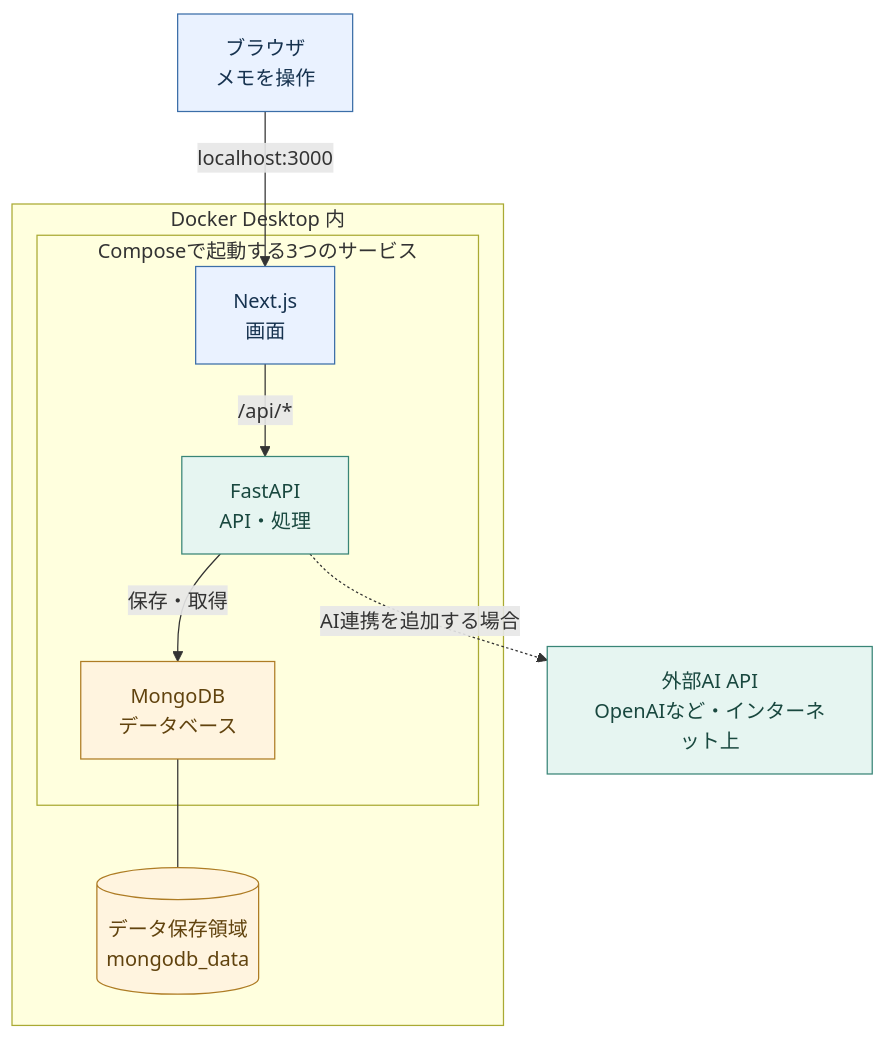
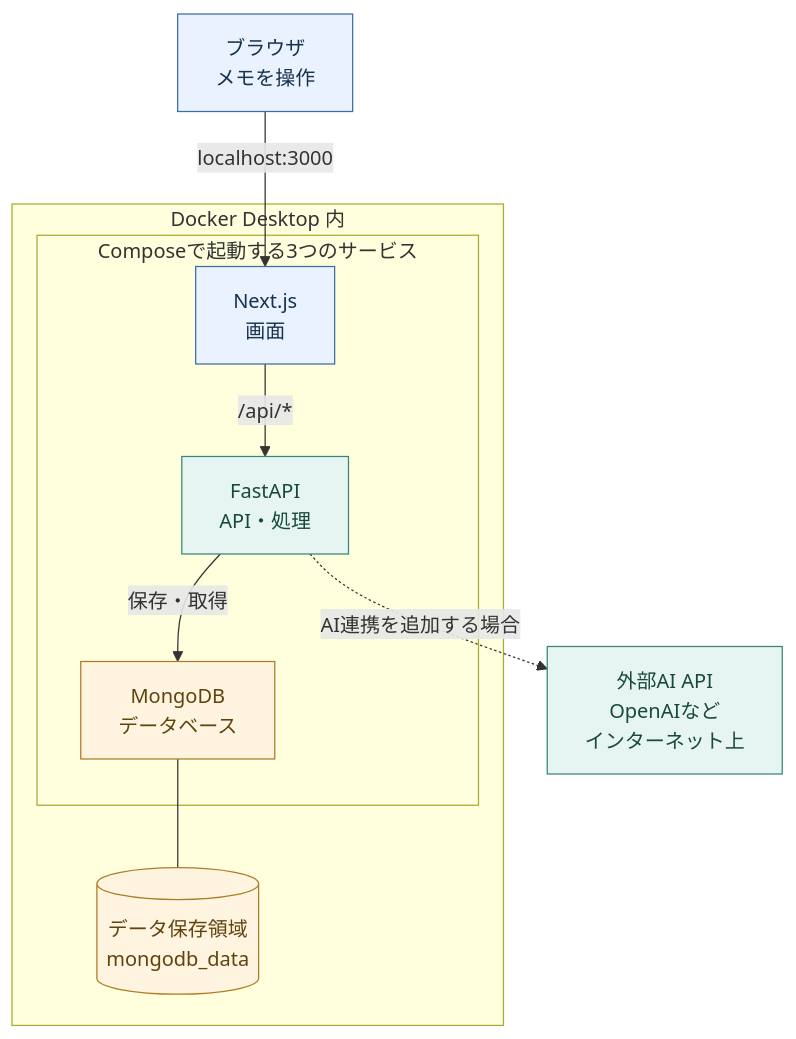
The diagram in README.md (naoya424/morimoto-lab-starter), drawn with Mermaid before and after one commit.

Commit message:
Keep external AI diagram label readable

````diff
--- a/README.md
+++ b/README.md
@@ -18,25 +18,25 @@
 ```mermaid
 flowchart TB
     browser["ブラウザ<br/>メモを操作"]
     subgraph docker["Docker Desktop 内"]
         subgraph services["Composeで起動する3つのサービス"]
             frontend["Next.js<br/>画面"]
             backend["FastAPI<br/>API・処理"]
             mongodb["MongoDB<br/>データベース"]
             frontend -->|"/api/*"| backend
             backend -->|"保存・取得"| mongodb
         end
         data[("データ保存領域<br/>mongodb_data")]
         mongodb --- data
     end
     browser -->|"localhost:3000"| frontend
-    external_ai["外部AI API<br/>OpenAIなど・インターネット上"]
+    external_ai["外部AI API<br/>OpenAIなど<br/>インターネット上"]
     backend -.->|"AI連携を追加する場合"| external_ai
 
     classDef screen fill:#eaf2ff,stroke:#3b6ea8,color:#16324f;
     classDef api fill:#e6f5f1,stroke:#398577,color:#19483f;
     classDef storage fill:#fff4df,stroke:#ae7c24,color:#61430e;
     class browser,frontend screen;
     class backend,external_ai api;
     class mongodb,data storage;
 ```
````
